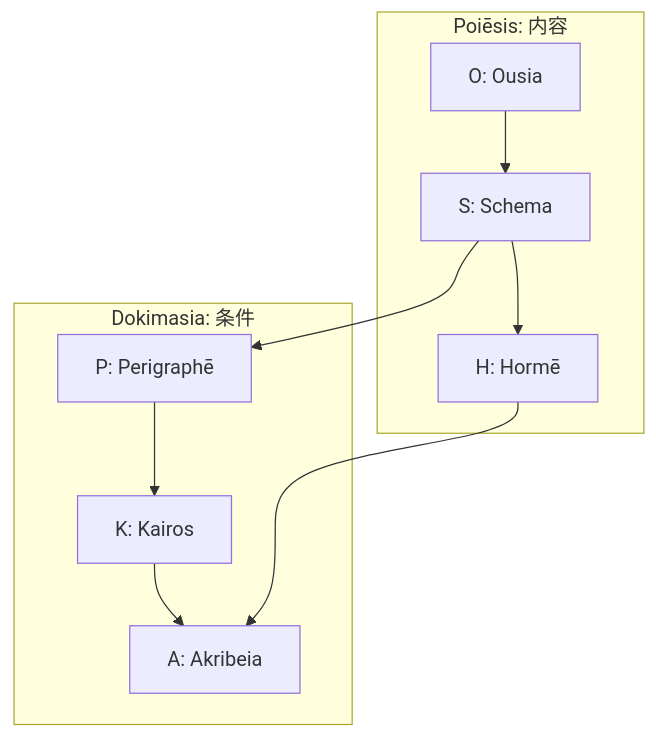
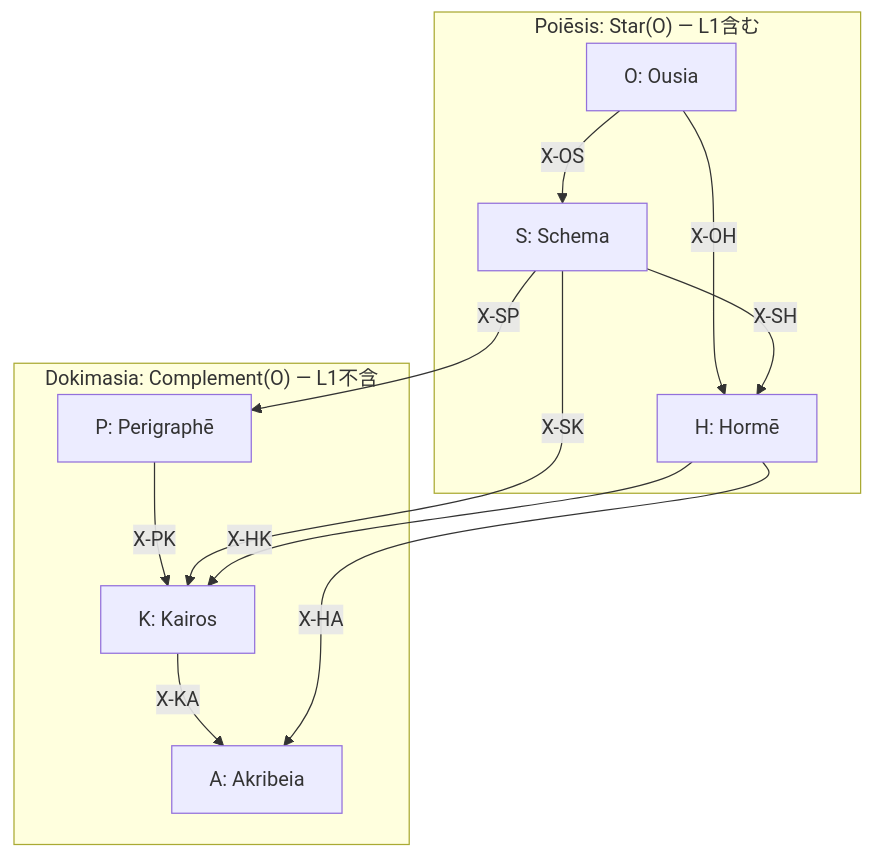
One commit to laihuip001/hegemonikon changed the second of 2 diagrams in kernel/axiom_hierarchy.md. Above: the diagram before and after it, drawn with Mermaid. The commit also changed other lines of this file and 3 other files, not shown here.

````diff
--- a/kernel/axiom_hierarchy.md
+++ b/kernel/axiom_hierarchy.md
@@ -150,15 +166,18 @@
 ```mermaid
 graph TD
-    subgraph "Poiēsis: 内容"
-        O[O: Ousia] --> S[S: Schema]
-        S --> H[H: Hormē]
+    subgraph "Poiēsis: Star(O) — L1含む"
+        O[O: Ousia] -->|X-OS| S[S: Schema]
+        O -->|X-OH| H[H: Hormē]
+        S -->|X-SH| H
     end
     
-    subgraph "Dokimasia: 条件"
-        S --> P[P: Perigraphē]
-        P --> K[K: Kairos]
-        K --> A[A: Akribeia]
+    subgraph "Dokimasia: Complement(O) — L1不含"
+        P[P: Perigraphē] -->|X-PK| K[K: Kairos]
+        K -->|X-KA| A[A: Akribeia]
     end
     
-    H --> A
+    S -->|X-SP| P
+    S -->|X-SK| K
+    H -->|X-HA| A
+    H -->|X-HK| K
 ```
````
